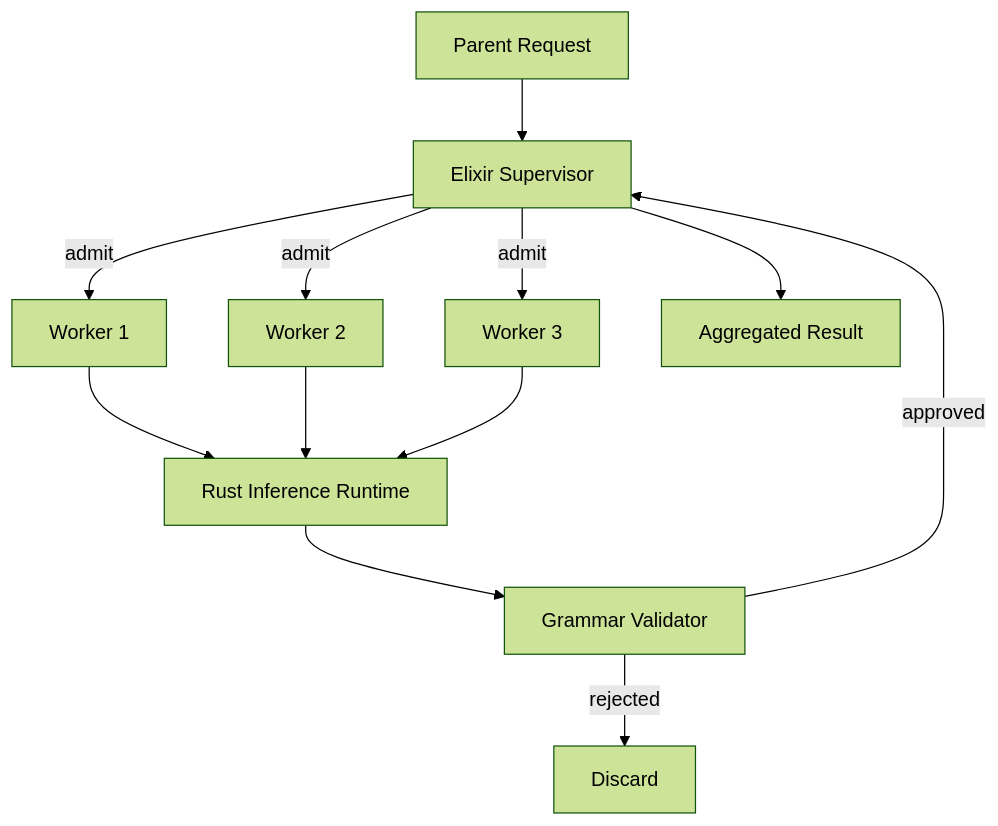
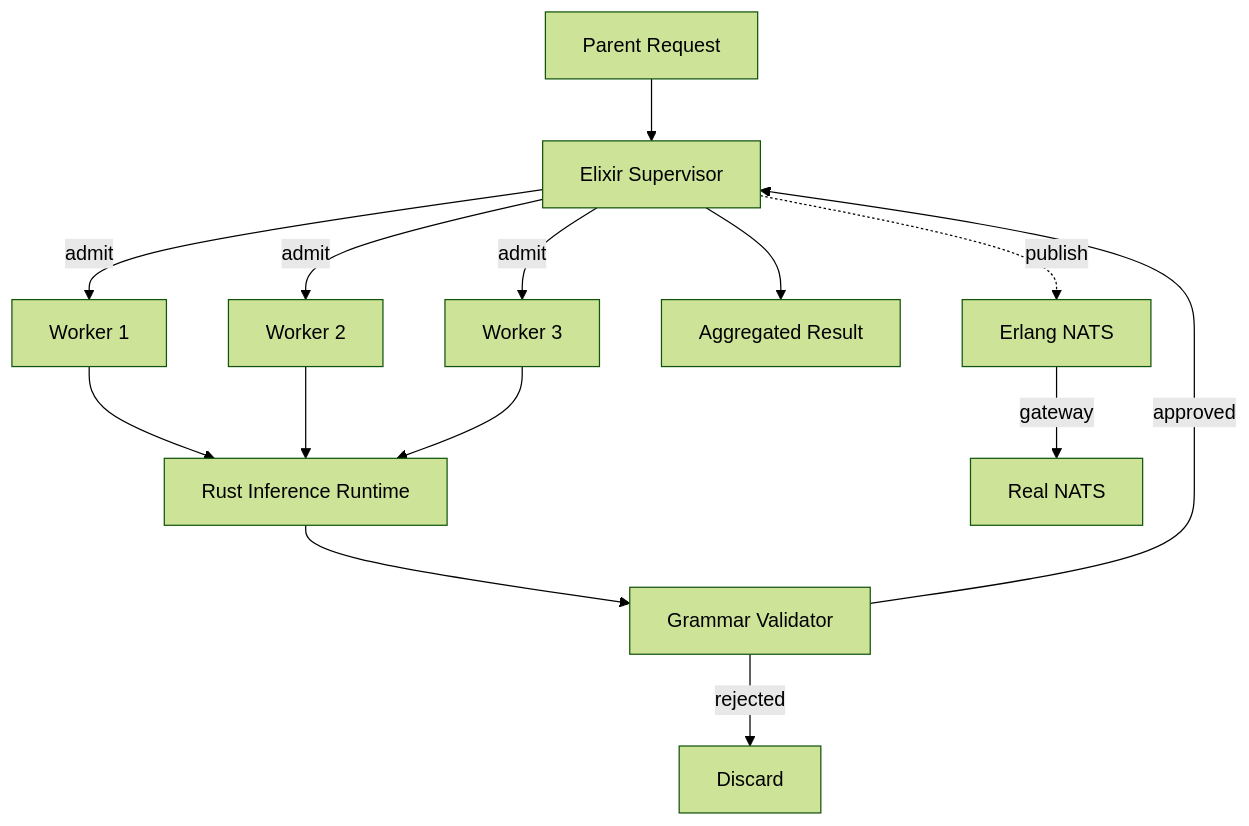
The diagram in README.md (AHMADALIPARR/sovereign-stack), drawn with Mermaid (forest theme) before and after one commit. The commit also changed other lines of this file, not shown here.

Commit message:
Document NATS gateway in root README

````diff
--- a/README.md
+++ b/README.md
@@ -25,14 +26,16 @@
 ```mermaid
 graph TD
     A[Parent Request] --> B[Elixir Supervisor]
     B -->|admit| C1[Worker 1]
     B -->|admit| C2[Worker 2]
     B -->|admit| C3[Worker 3]
     C1 --> D[Rust Inference Runtime]
     C2 --> D
     C3 --> D
     D --> E[Grammar Validator]
     E -->|approved| B
     E -->|rejected| F[Discard]
     B --> G[Aggregated Result]
+    B -.->|publish| N[Erlang NATS]
+    N -->|gateway| R[Real NATS]
 ```
````
